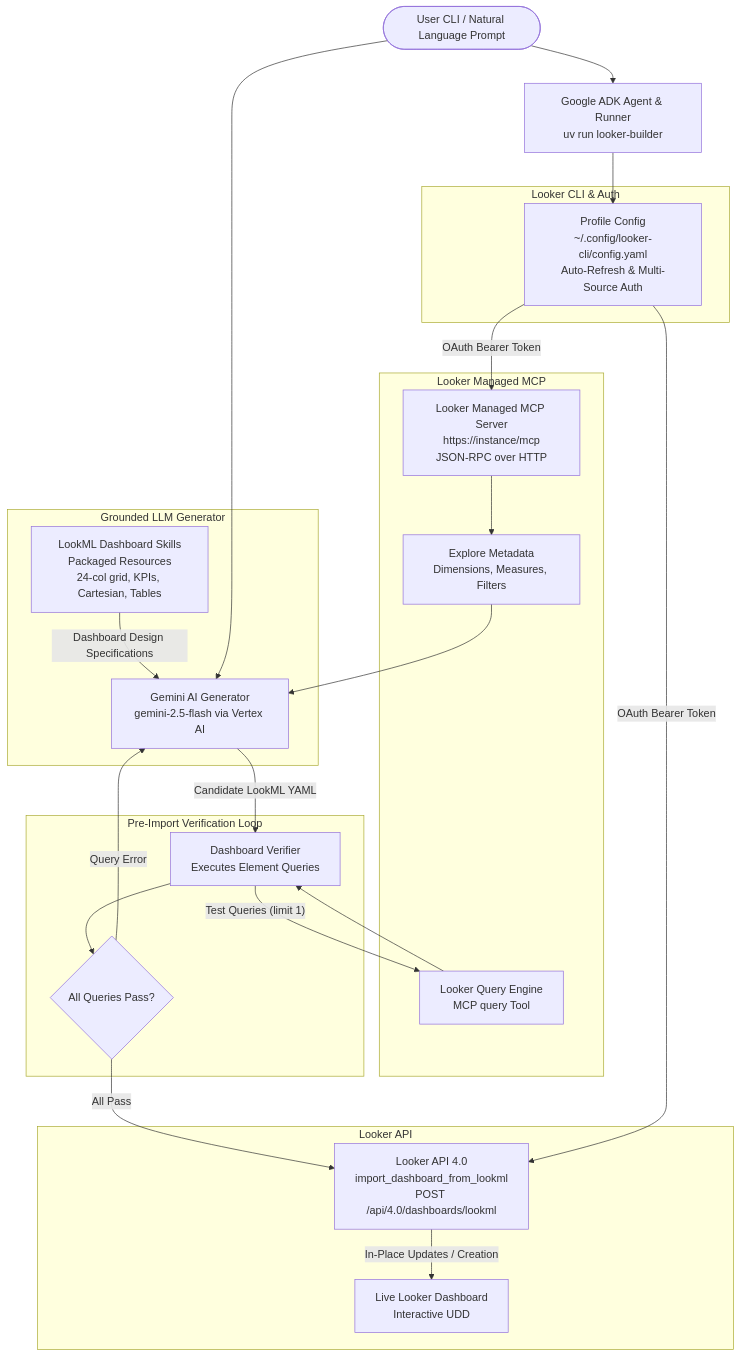
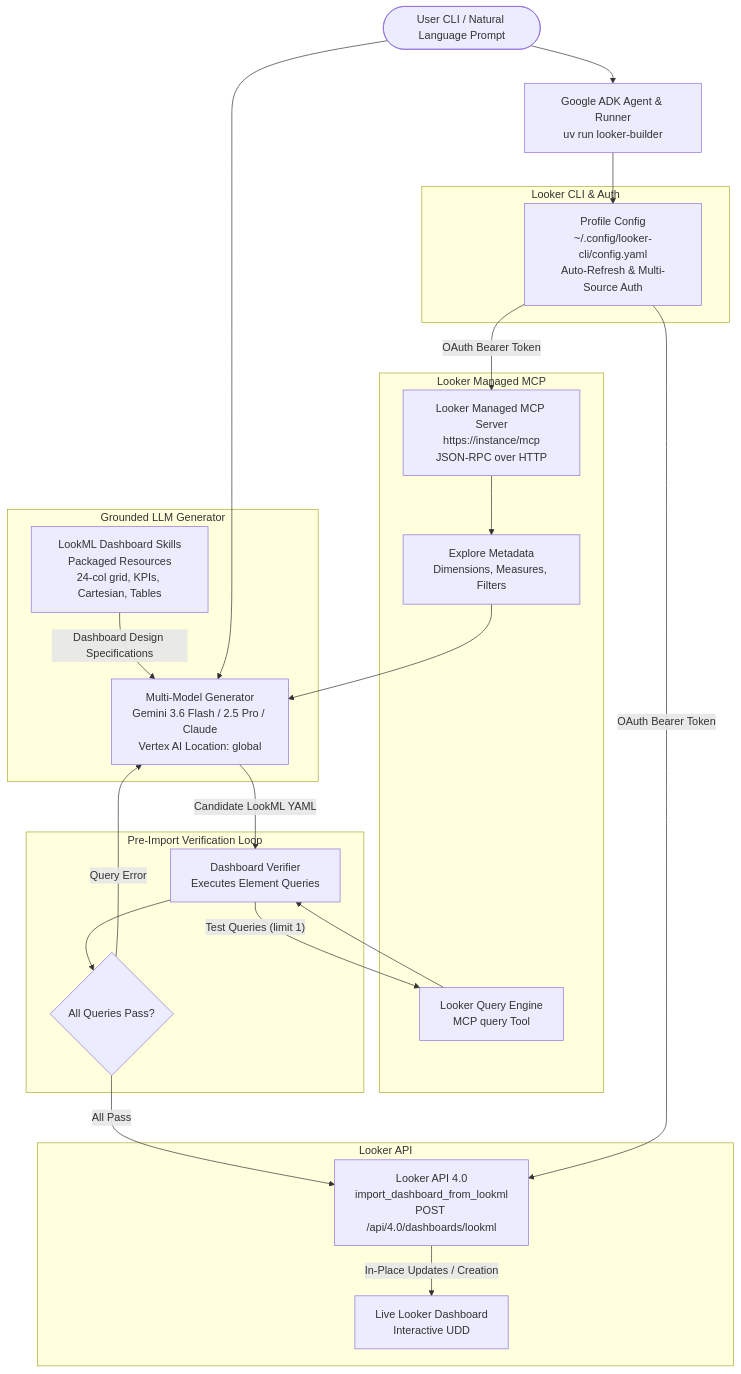
Before and after one commit to brettguenther/looker-dashboard-agent: the diagram in README.md, drawn with Mermaid. The commit also changed other lines of this file and 3 other files, not shown here.

Commit message:
feat: add dynamic LLM model support (Gemini 3.6 Flash, 2.5 Pro, Claude) with compare command

````diff
--- a/README.md
+++ b/README.md
@@ -12,44 +12,44 @@
 ```mermaid
 flowchart TD
     User(["User CLI / Natural Language Prompt"]) --> ADK["Google ADK Agent & Runner<br/>uv run looker-builder"]
     
     subgraph Looker CLI & Auth
         Config["Profile Config<br/>~/.config/looker-cli/config.yaml<br/>Auto-Refresh & Multi-Source Auth"]
     end
     
     subgraph Looker Managed MCP
         MCP["Looker Managed MCP Server<br/>https://instance/mcp<br/>JSON-RPC over HTTP"]
         Schema["Explore Metadata<br/>Dimensions, Measures, Filters"]
         QueryEngine["Looker Query Engine<br/>MCP query Tool"]
     end
     
     subgraph Grounded LLM Generator
         Skills["LookML Dashboard Skills<br/>Packaged Resources<br/>24-col grid, KPIs, Cartesian, Tables"]
-        Gemini["Gemini AI Generator<br/>gemini-2.5-flash via Vertex AI"]
+        Gemini["Multi-Model Generator<br/>Gemini 3.6 Flash / 2.5 Pro / Claude<br/>Vertex AI Location: global"]
     end
     
     subgraph Pre-Import Verification Loop
         Verifier["Dashboard Verifier<br/>Executes Element Queries"]
         Remediation{"All Queries Pass?"}
     end
     
     subgraph Looker API
         ImportAPI["Looker API 4.0<br/>import_dashboard_from_lookml<br/>POST /api/4.0/dashboards/lookml"]
         Dashboard["Live Looker Dashboard<br/>Interactive UDD"]
     end
     
     ADK --> Config
     Config -->|"OAuth Bearer Token"| MCP
     MCP --> Schema
     Schema --> Gemini
     Skills -->|"Dashboard Design Specifications"| Gemini
     User --> Gemini
     Gemini -->|"Candidate LookML YAML"| Verifier
     Verifier -->|"Test Queries (limit 1)"| QueryEngine
     QueryEngine --> Verifier
     Verifier --> Remediation
     Remediation -->|"Query Error"| Gemini
     Remediation -->|"All Pass"| ImportAPI
     Config -->|"OAuth Bearer Token"| ImportAPI
     ImportAPI -->|"In-Place Updates / Creation"| Dashboard
 ```
````
